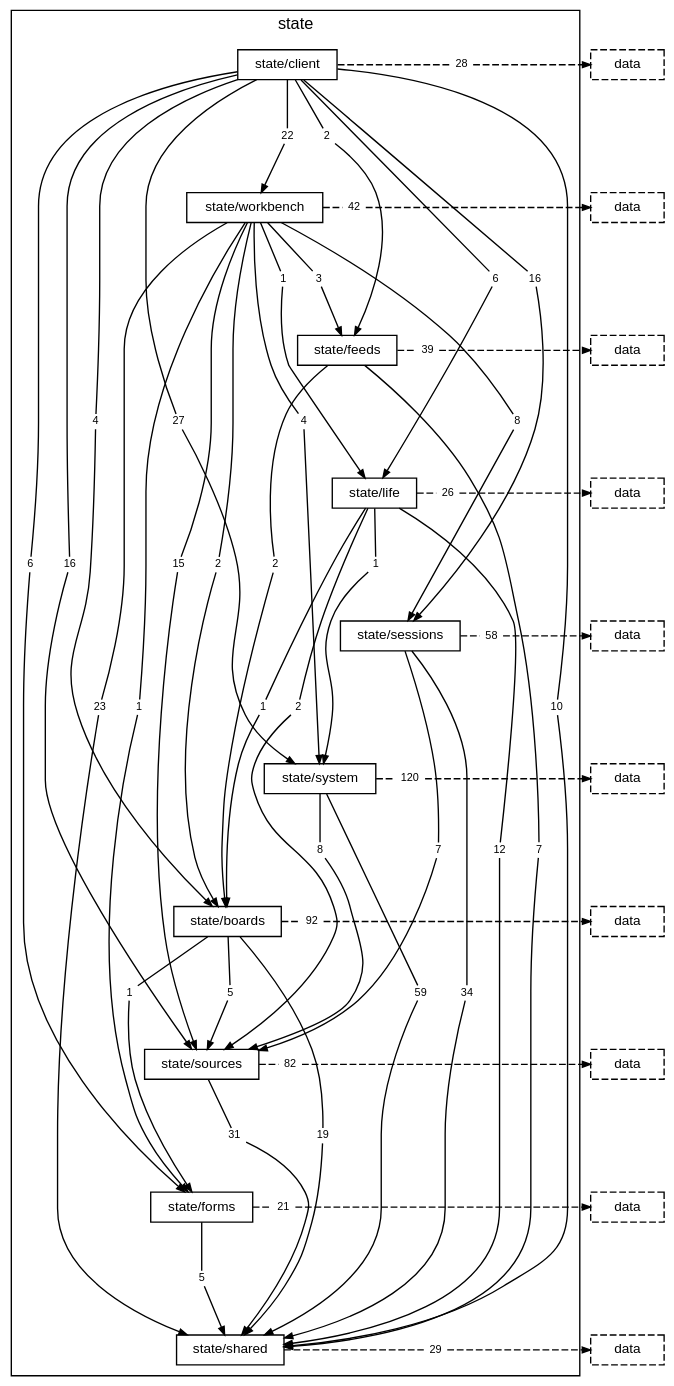
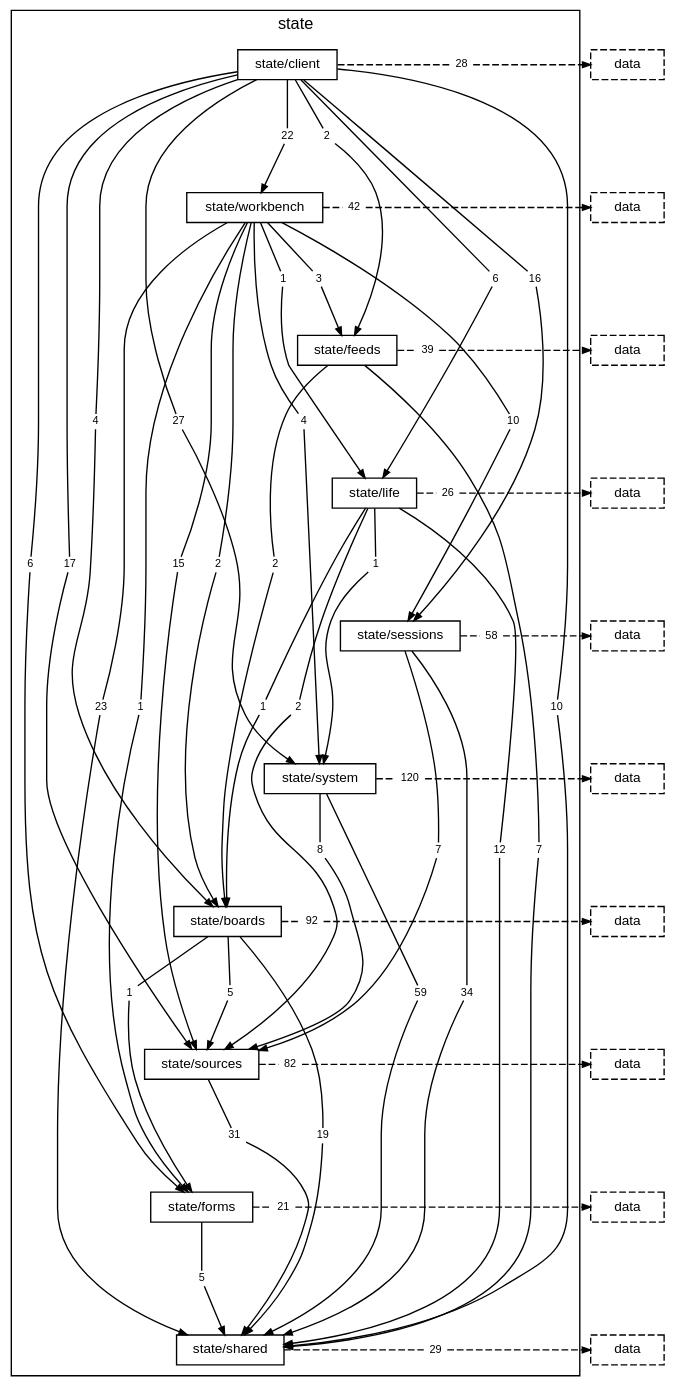
The diagram in docs/diagrams/layer-state.dot (TheAxeC/oculus), drawn with Graphviz before and after one commit. The commit also changed 65 other files, not shown here.

```diff
--- a/docs/diagrams/layer-state.dot
+++ b/docs/diagrams/layer-state.dot
@@ -20,7 +20,7 @@
         "folder state/client to folder state/life" [label="6", shape=box, color="transparent", fontsize=8, width=0, height=0, margin="0.04,0.02"];
         "folder state/client to folder state/sessions" [label="16", shape=box, color="transparent", fontsize=8, width=0, height=0, margin="0.04,0.02"];
         "folder state/client to folder state/shared" [label="10", shape=box, color="transparent", fontsize=8, width=0, height=0, margin="0.04,0.02"];
-        "folder state/client to folder state/sources" [label="16", shape=box, color="transparent", fontsize=8, width=0, height=0, margin="0.04,0.02"];
+        "folder state/client to folder state/sources" [label="17", shape=box, color="transparent", fontsize=8, width=0, height=0, margin="0.04,0.02"];
         "folder state/client to folder state/system" [label="27", shape=box, color="transparent", fontsize=8, width=0, height=0, margin="0.04,0.02"];
         "folder state/client to folder state/workbench" [label="22", shape=box, color="transparent", fontsize=8, width=0, height=0, margin="0.04,0.02"];
         "folder state/client to layer data" [label="28", shape=box, color="transparent", fontsize=8, width=0, height=0, margin="0.04,0.02"];
@@ -28,7 +28,7 @@
         "folder state/workbench to folder state/feeds" [label="3", shape=box, color="transparent", fontsize=8, width=0, height=0, margin="0.04,0.02"];
         "folder state/workbench to folder state/forms" [label="1", shape=box, color="transparent", fontsize=8, width=0, height=0, margin="0.04,0.02"];
         "folder state/workbench to folder state/life" [label="1", shape=box, color="transparent", fontsize=8, width=0, height=0, margin="0.04,0.02"];
-        "folder state/workbench to folder state/sessions" [label="8", shape=box, color="transparent", fontsize=8, width=0, height=0, margin="0.04,0.02"];
+        "folder state/workbench to folder state/sessions" [label="10", shape=box, color="transparent", fontsize=8, width=0, height=0, margin="0.04,0.02"];
         "folder state/workbench to folder state/shared" [label="23", shape=box, color="transparent", fontsize=8, width=0, height=0, margin="0.04,0.02"];
         "folder state/workbench to folder state/sources" [label="15", shape=box, color="transparent", fontsize=8, width=0, height=0, margin="0.04,0.02"];
         "folder state/workbench to folder state/system" [label="4", shape=box, color="transparent", fontsize=8, width=0, height=0, margin="0.04,0.02"];
```
